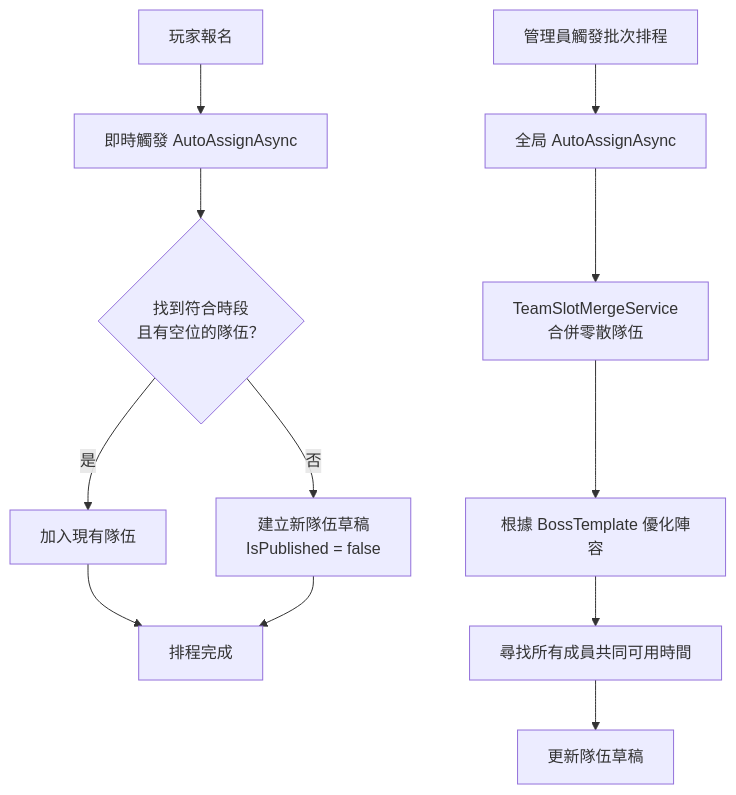
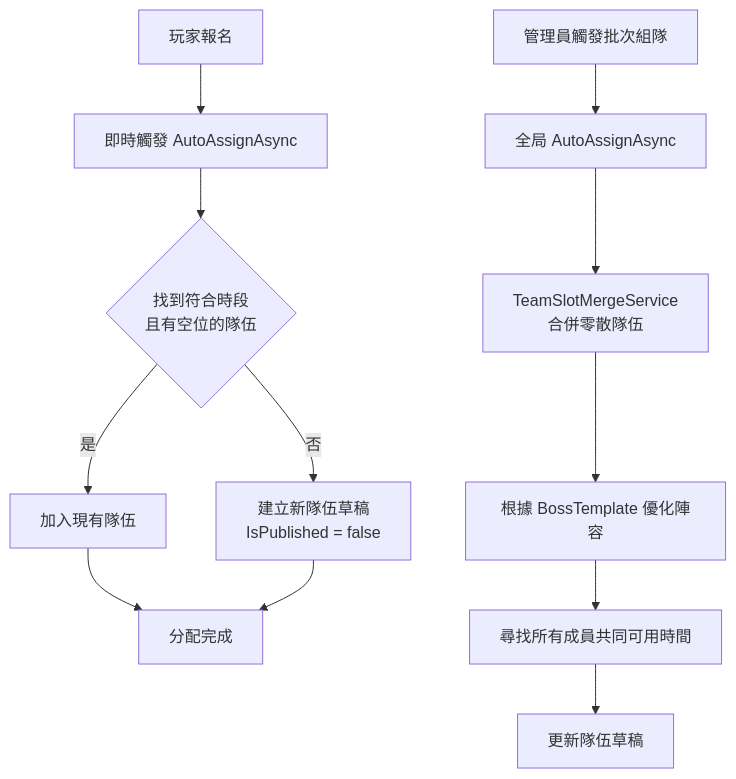
The second of 5 diagrams in docs/architecture.md (MinMiss5678/MapleStoryRaidScheduler), drawn with Mermaid before and after one commit. The commit also changed other lines of this file and 3 other files, not shown here.

````diff
--- a/docs/architecture.md
+++ b/docs/architecture.md
@@ -130,15 +168,15 @@
 ```mermaid
 flowchart TD
     A[玩家報名] --> B[即時觸發 AutoAssignAsync]
-    B --> C{找到符合時段\n且有空位的隊伍？}
+    B --> C{找到符合時段\n且有空位的隊伍}
     C -->|是| D[加入現有隊伍]
     C -->|否| E[建立新隊伍草稿\nIsPublished = false]
-    D --> F[排程完成]
+    D --> F[分配完成]
     E --> F
 
-    G[管理員觸發批次排程] --> H[全局 AutoAssignAsync]
+    G[管理員觸發批次組隊] --> H[全局 AutoAssignAsync]
     H --> I[TeamSlotMergeService\n合併零散隊伍]
     I --> J[根據 BossTemplate 優化陣容]
     J --> K[尋找所有成員共同可用時間]
     K --> L[更新隊伍草稿]
 ```
````
